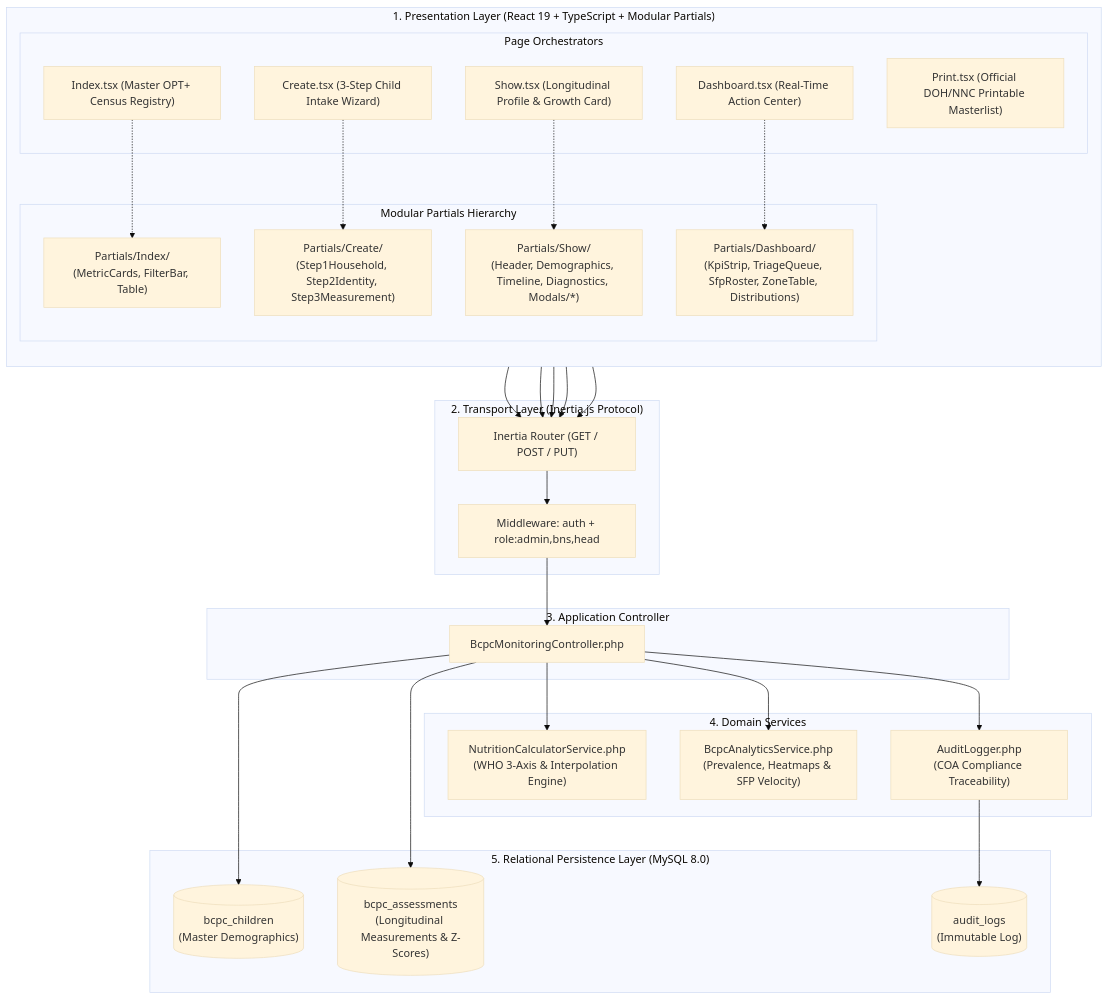
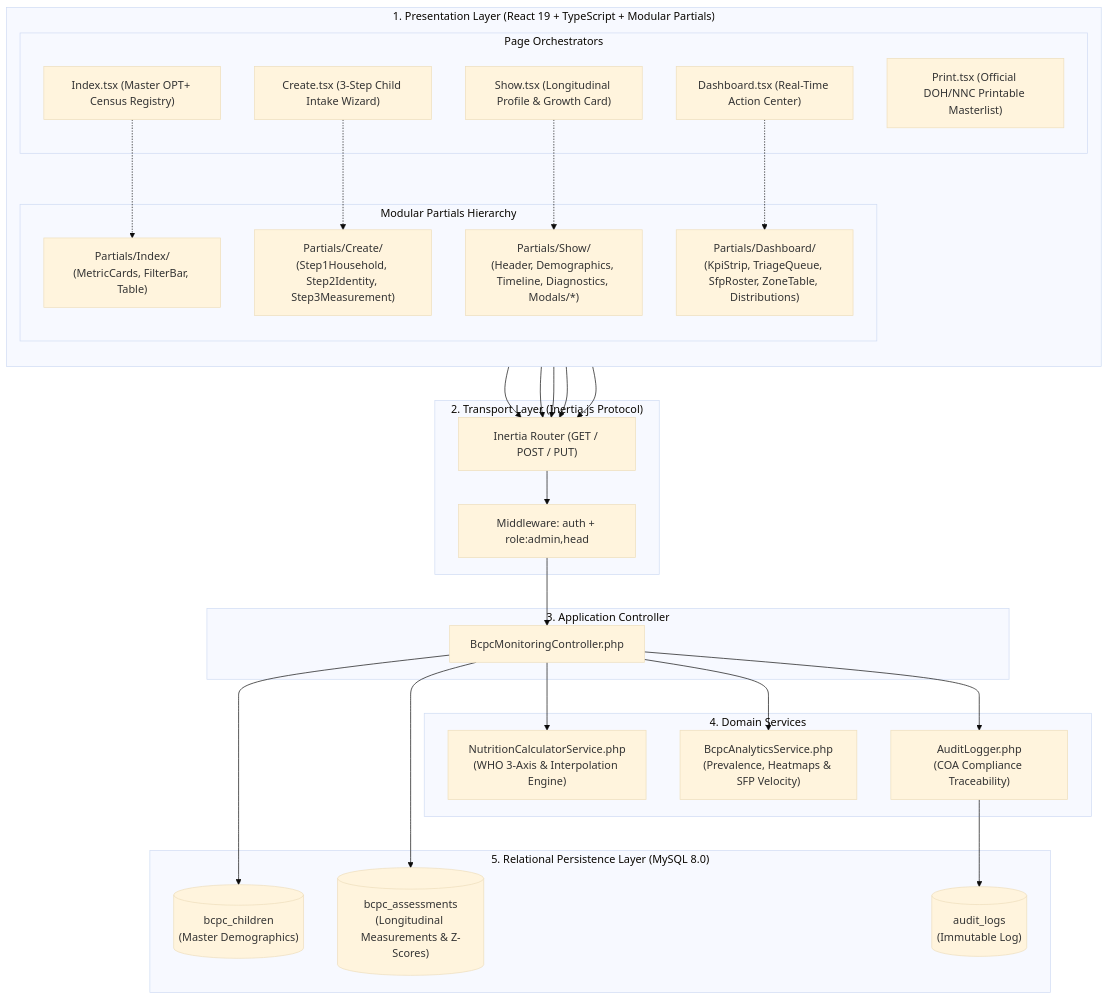
One commit to duustin25/women_and_family_new changed the first of 2 diagrams in docs/modules/bcpc/architecture.md. Above: the diagram before and after it, drawn with Mermaid (base theme). The commit also changed 63 other files, not shown here.

````diff
--- a/docs/modules/bcpc/architecture.md
+++ b/docs/modules/bcpc/architecture.md
@@ -13,60 +13,60 @@
 ```mermaid
 flowchart TD
     subgraph ClientLayer ["1. Presentation Layer (React 19 + TypeScript + Modular Partials)"]
         direction TB
         subgraph Orchestrators ["Page Orchestrators"]
             UI_Index["Index.tsx (Master OPT+ Census Registry)"]
             UI_Create["Create.tsx (3-Step Child Intake Wizard)"]
             UI_Show["Show.tsx (Longitudinal Profile & Growth Card)"]
             UI_Dashboard["Dashboard.tsx (Real-Time Action Center)"]
             UI_Print["Print.tsx (Official DOH/NNC Printable Masterlist)"]
         end
         subgraph Partials ["Modular Partials Hierarchy"]
             P_Index["Partials/Index/<br/>(MetricCards, FilterBar, Table)"]
             P_Create["Partials/Create/<br/>(Step1Household, Step2Identity, Step3Measurement)"]
             P_Show["Partials/Show/<br/>(Header, Demographics, Timeline, Diagnostics, Modals/*)"]
             P_Dashboard["Partials/Dashboard/<br/>(KpiStrip, TriageQueue, SfpRoster, ZoneTable, Distributions)"]
         end
         UI_Index -.-> P_Index
         UI_Create -.-> P_Create
         UI_Show -.-> P_Show
         UI_Dashboard -.-> P_Dashboard
     end
 
     subgraph TransportLayer ["2. Transport Layer (Inertia.js Protocol)"]
         InertiaRouter["Inertia Router (GET / POST / PUT)"]
-        AuthMiddleware["Middleware: auth + role:admin,bns,head"]
+        AuthMiddleware["Middleware: auth + role:admin,head"]
         InertiaRouter --> AuthMiddleware
     end
 
     subgraph ControllerLayer ["3. Application Controller"]
         BcpcCtrl["BcpcMonitoringController.php"]
         AuthMiddleware --> BcpcCtrl
     end
 
     subgraph ServiceLayer ["4. Domain Services"]
         Svc_Nutri["NutritionCalculatorService.php<br/>(WHO 3-Axis & Interpolation Engine)"]
         Svc_Analytics["BcpcAnalyticsService.php<br/>(Prevalence, Heatmaps & SFP Velocity)"]
         Svc_Audit["AuditLogger.php<br/>(COA Compliance Traceability)"]
 
         BcpcCtrl --> Svc_Nutri
         BcpcCtrl --> Svc_Analytics
         BcpcCtrl --> Svc_Audit
     end
 
     subgraph DatabaseLayer ["5. Relational Persistence Layer (MySQL 8.0)"]
         DB_Children[("bcpc_children<br/>(Master Demographics)")]
         DB_Assessments[("bcpc_assessments<br/>(Longitudinal Measurements & Z-Scores)")]
         DB_Audit[("audit_logs<br/>(Immutable Log)")]
 
         BcpcCtrl --> DB_Children
         BcpcCtrl --> DB_Assessments
         Svc_Audit --> DB_Audit
     end
 
     UI_Index --> InertiaRouter
     UI_Create --> InertiaRouter
     UI_Show --> InertiaRouter
     UI_Dashboard --> InertiaRouter
     UI_Print --> InertiaRouter
 ```
````
